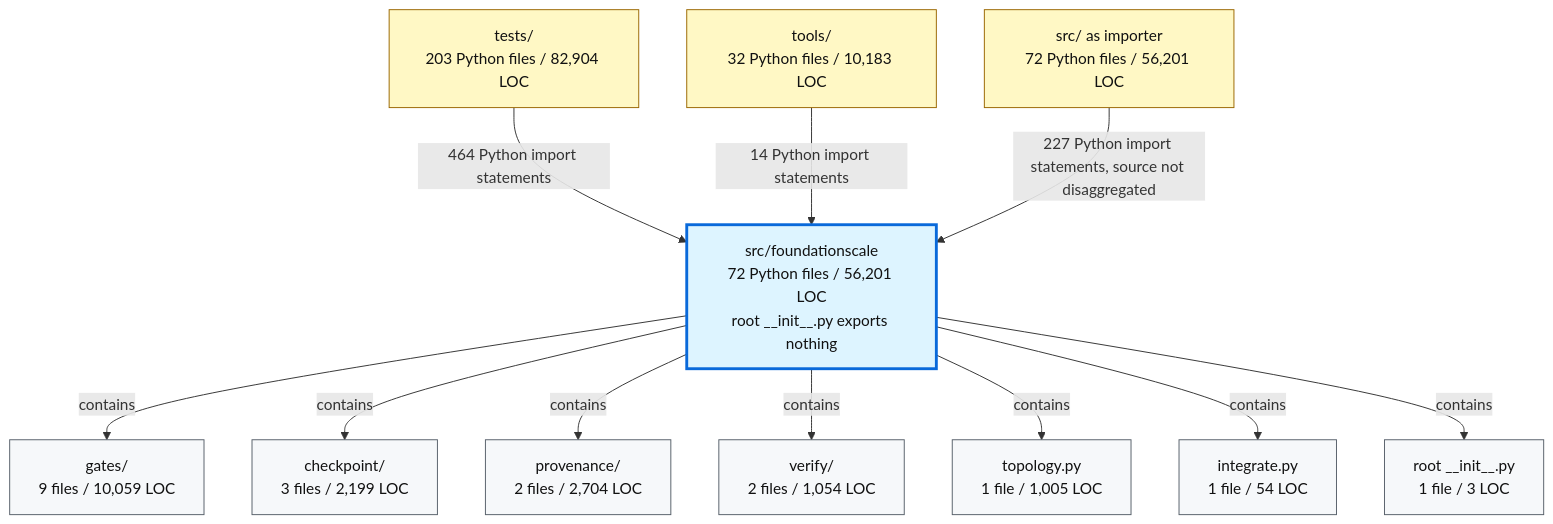
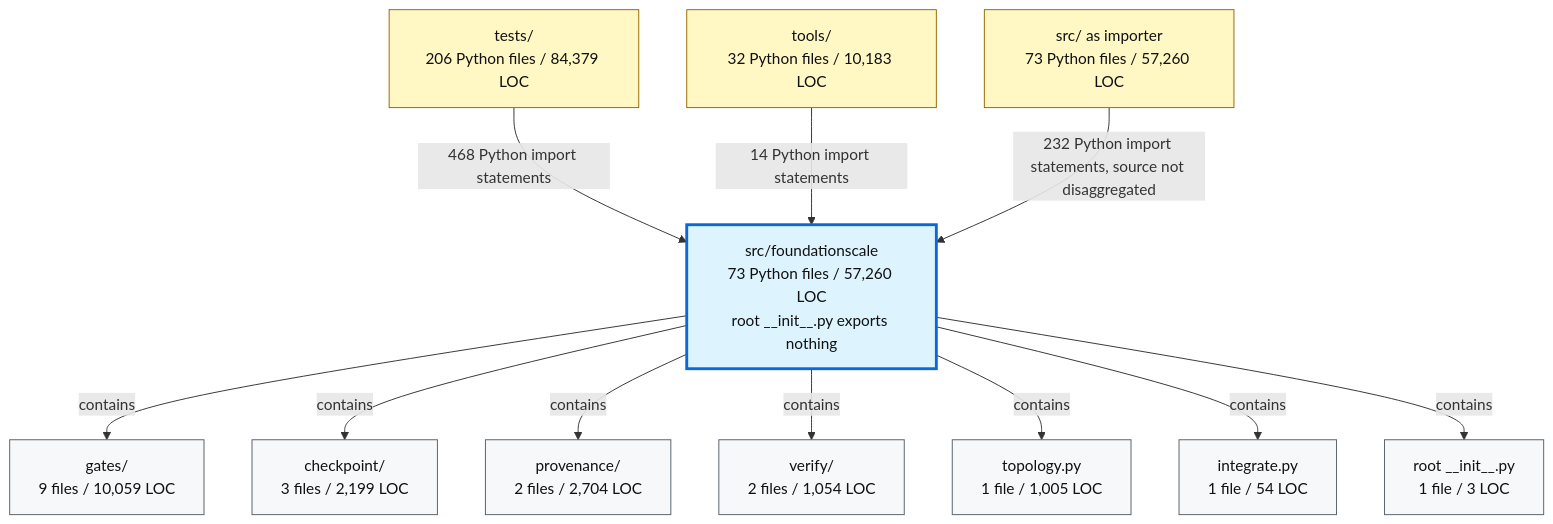
One commit to TranNhiem/FoundationScale changed the second of 2 diagrams in docs/review/D2_current_architecture.md. Above: the diagram before and after it, drawn with Mermaid. The commit also changed other lines of this file and 19 other files, not shown here.

````diff
--- a/docs/review/D2_current_architecture.md
+++ b/docs/review/D2_current_architecture.md
@@ -97,36 +97,36 @@
 ```mermaid
 flowchart TB
-  TESTS["tests/<br/>203 Python files / 82,904 LOC"]
+  TESTS["tests/<br/>206 Python files / 84,379 LOC"]
   TOOLS["tools/<br/>32 Python files / 10,183 LOC"]
-  SRC["src/ as importer<br/>72 Python files / 56,201 LOC"]
+  SRC["src/ as importer<br/>73 Python files / 57,260 LOC"]
 
-  FS["src/foundationscale<br/>72 Python files / 56,201 LOC<br/>root __init__.py exports nothing"]
+  FS["src/foundationscale<br/>73 Python files / 57,260 LOC<br/>root __init__.py exports nothing"]
 
   GATES["gates/<br/>9 files / 10,059 LOC"]
   CKPT["checkpoint/<br/>3 files / 2,199 LOC"]
   PROV["provenance/<br/>2 files / 2,704 LOC"]
   VERIFY["verify/<br/>2 files / 1,054 LOC"]
   TOPO["topology.py<br/>1 file / 1,005 LOC"]
   INTEG["integrate.py<br/>1 file / 54 LOC"]
   ROOT["root __init__.py<br/>1 file / 3 LOC"]
 
-  TESTS -->|"464 Python import statements"| FS
+  TESTS -->|"468 Python import statements"| FS
   TOOLS -->|"14 Python import statements"| FS
-  SRC -->|"227 Python import statements, source not disaggregated"| FS
+  SRC -->|"232 Python import statements, source not disaggregated"| FS
 
   FS -->|"contains"| GATES
   FS -->|"contains"| CKPT
   FS -->|"contains"| PROV
   FS -->|"contains"| VERIFY
   FS -->|"contains"| TOPO
   FS -->|"contains"| INTEG
   FS -->|"contains"| ROOT
 
   classDef consumer fill:#fff8c5,stroke:#9a6700,color:#111;
   classDef package fill:#ddf4ff,stroke:#0969da,stroke-width:3px,color:#111;
   classDef module fill:#f6f8fa,stroke:#57606a,color:#111;
 
   class TESTS,TOOLS,SRC consumer;
   class FS package;
   class GATES,CKPT,PROV,VERIFY,TOPO,INTEG,ROOT module;
 ```
````
